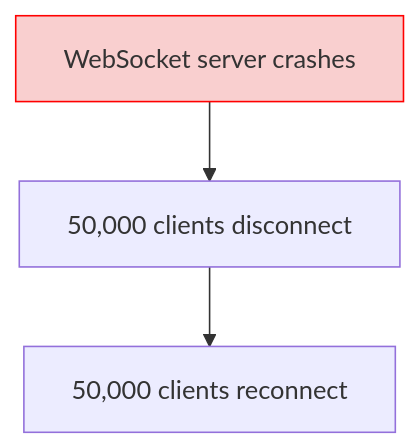
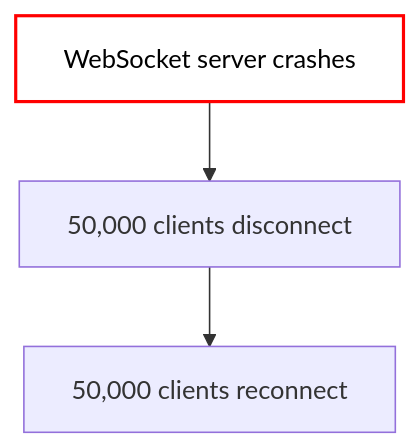
Before and after one commit to MohdMusaiyab/system-design: diagram 32 of 51 in Real_Time_Backend/04_WebSockets_Fundamentals.md, drawn with Mermaid. The commit also changed other lines of this file and 2 other files, not shown here.

Commit message:
graph Fixes RTB

````diff
--- a/Real_Time_Backend/04_WebSockets_Fundamentals.md
+++ b/Real_Time_Backend/04_WebSockets_Fundamentals.md
@@ -738,6 +738,6 @@
 ```mermaid
 flowchart TD
     C["WebSocket server crashes"] --> D["50,000 clients disconnect"]
     D --> R["50,000 clients reconnect"]
-    style C fill:#f9cfcf,stroke:#ff0000
+    style C fill:#ffffff,stroke:#ff0000,color:#000000,stroke-width:2px
 ```
````
